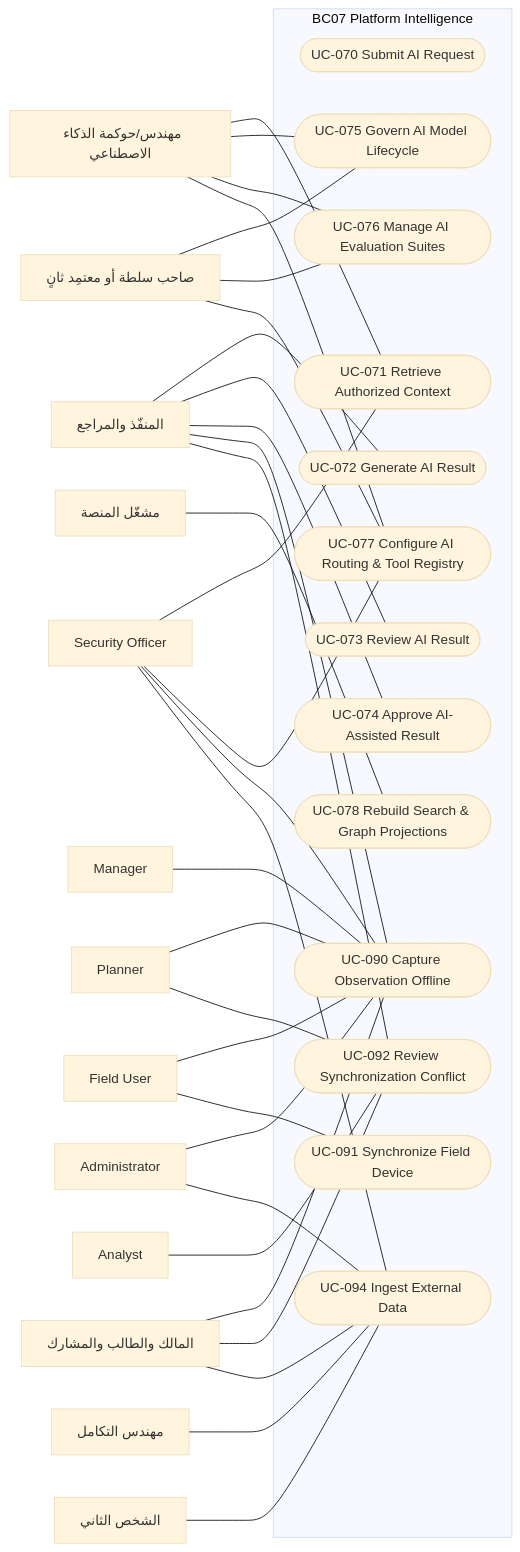
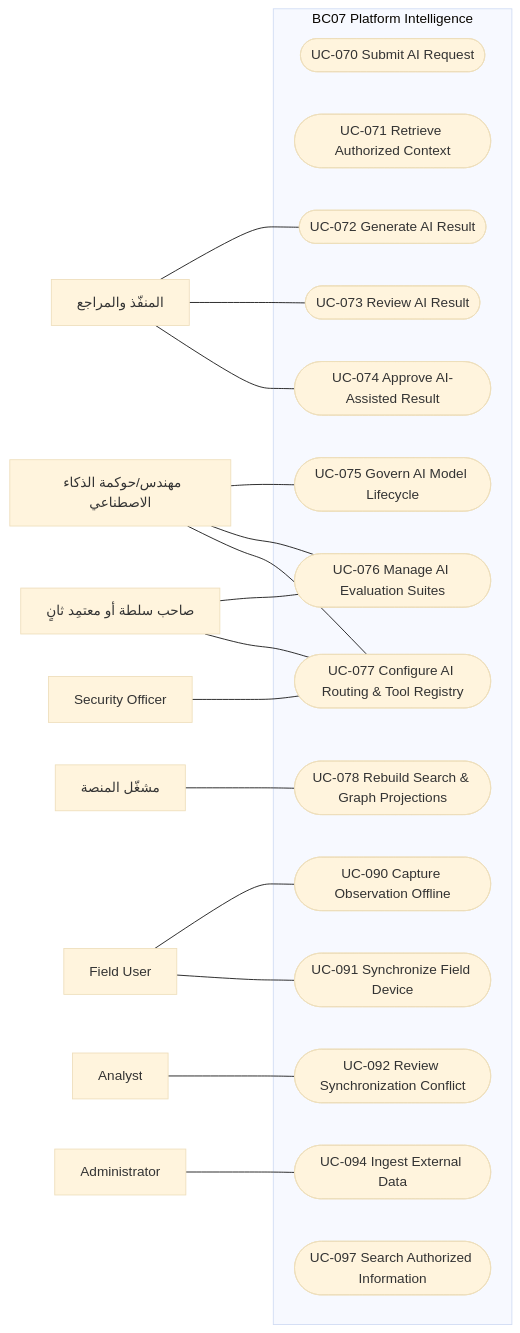
The seventh of 8 diagrams in spec/18-analysis-design/04-use-cases.md (Ayoubkhattab/Planing), drawn with Mermaid (base theme) before and after one commit. The commit also changed other lines of this file and 9 other files, not shown here.

````diff
--- a/spec/18-analysis-design/04-use-cases.md
+++ b/spec/18-analysis-design/04-use-cases.md
@@ -443,61 +383,41 @@
 ```mermaid
 flowchart LR
-  ACT_02["Manager"]
-  ACT_03["Planner"]
   ACT_04["Analyst"]
   ACT_06["Field User"]
   ACT_13["Security Officer"]
   ACT_15["Administrator"]
   AUTH_GRANT["صاحب سلطة أو معتمِد ثانٍ"]
   PLT_AI["مهندس/حوكمة الذكاء الاصطناعي"]
-  PLT_INT["مهندس التكامل"]
   PLT_OPS["مشغّل المنصة"]
-  REL_OWNER["المالك والطالب والمشارك"]
-  REL_PEER["الشخص الثاني"]
   REL_TASK["المنفّذ والمراجع"]
   subgraph BC07["BC07 Platform Intelligence"]
     UC070(["UC-070 Submit AI Request"])
     UC071(["UC-071 Retrieve Authorized Context"])
     UC072(["UC-072 Generate AI Result"])
     UC073(["UC-073 Review AI Result"])
     UC074(["UC-074 Approve AI-Assisted Result"])
     UC075(["UC-075 Govern AI Model Lifecycle"])
     UC076(["UC-076 Manage AI Evaluation Suites"])
     UC077(["UC-077 Configure AI Routing & Tool Registry"])
     UC078(["UC-078 Rebuild Search & Graph Projections"])
     UC090(["UC-090 Capture Observation Offline"])
     UC091(["UC-091 Synchronize Field Device"])
     UC092(["UC-092 Review Synchronization Conflict"])
     UC094(["UC-094 Ingest External Data"])
+    UC097(["UC-097 Search Authorized Information"])
   end
-  ACT_13 --- UC071
-  PLT_AI --- UC071
   REL_TASK --- UC072
   REL_TASK --- UC073
   REL_TASK --- UC074
-  AUTH_GRANT --- UC075
   PLT_AI --- UC075
   AUTH_GRANT --- UC076
   PLT_AI --- UC076
   ACT_13 --- UC077
   AUTH_GRANT --- UC077
   PLT_AI --- UC077
   PLT_OPS --- UC078
-  ACT_02 --- UC090
-  ACT_03 --- UC090
   ACT_06 --- UC090
-  ACT_13 --- UC090
-  ACT_15 --- UC090
-  REL_OWNER --- UC090
-  REL_TASK --- UC090
   ACT_06 --- UC091
-  ACT_03 --- UC092
   ACT_04 --- UC092
-  REL_OWNER --- UC092
-  REL_TASK --- UC092
-  ACT_13 --- UC094
   ACT_15 --- UC094
-  PLT_INT --- UC094
-  REL_OWNER --- UC094
-  REL_PEER --- UC094
 ```
````
